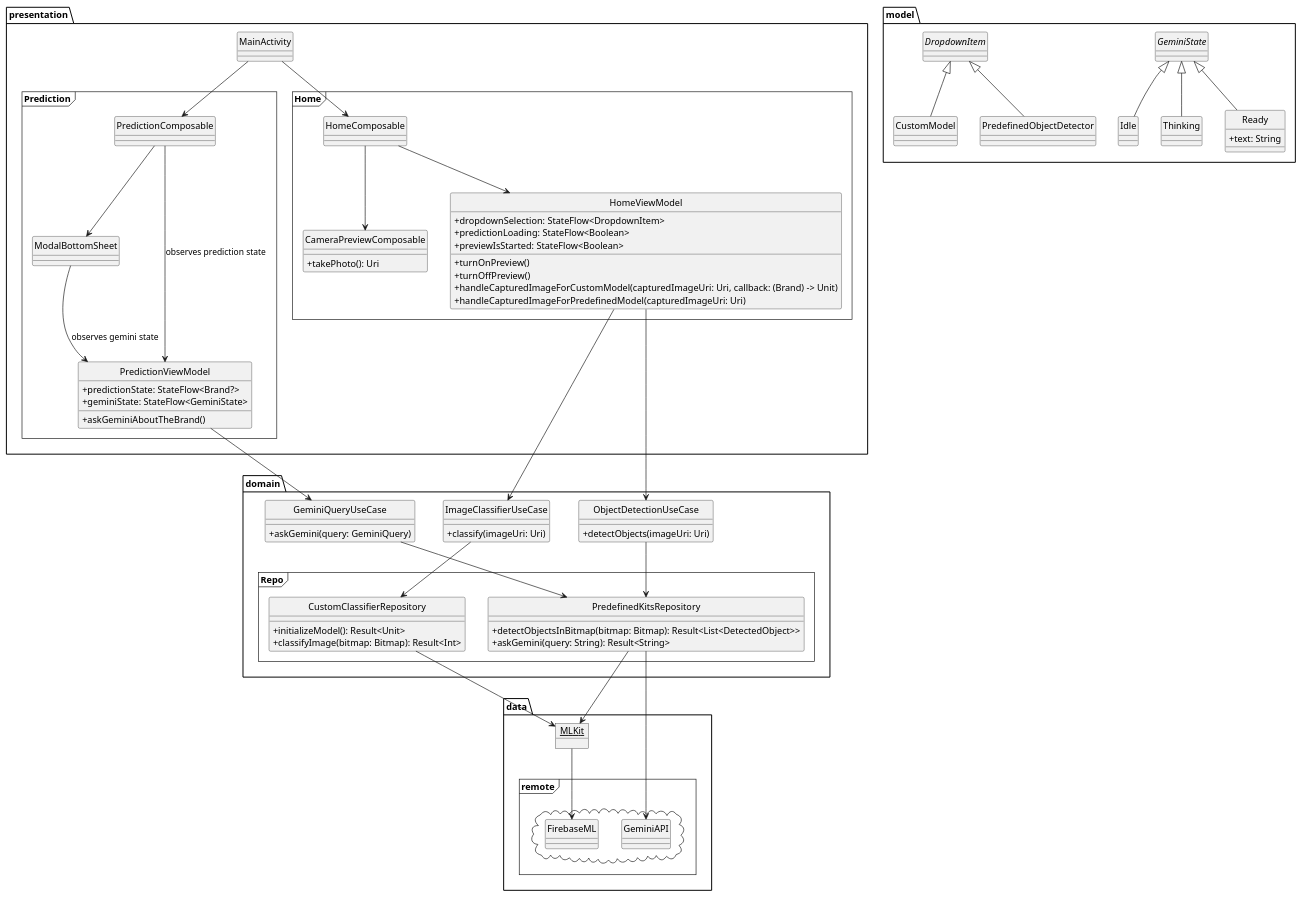
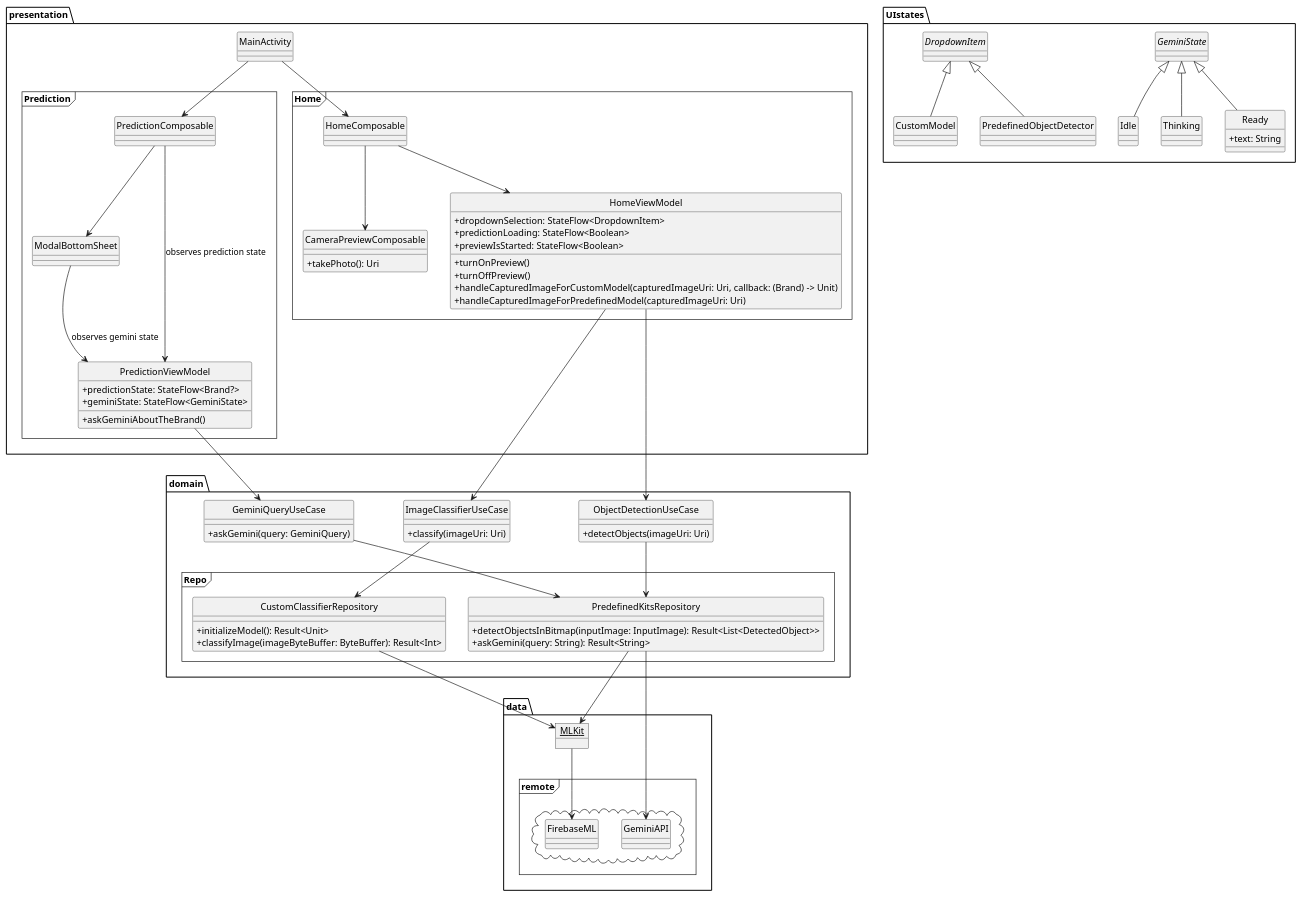
One commit to IlfyPlorious/FirebasePresentation changed the diagram in app/src/main/java/com/example/firebasedemo/AppUML.puml. Above: the diagram before and after it, drawn with PlantUML. The commit also changed 9 other files, not shown here.

Commit message:
architecture improvements. Camera improvements. App flow improvements

```diff
--- a/app/src/main/java/com/example/firebasedemo/AppUML.puml
+++ b/app/src/main/java/com/example/firebasedemo/AppUML.puml
@@ -1,117 +1,117 @@
 @startuml
 skinparam classAttributeIconSize 0
 skinparam style strictuml
 
 package presentation {
     class MainActivity
 
     frame Home {
         class HomeComposable
 
         class CameraPreviewComposable {
             + takePhoto(): Uri
         }
 
         class HomeViewModel {
             + dropdownSelection: StateFlow<DropdownItem>
             + predictionLoading: StateFlow<Boolean>
             + previewIsStarted: StateFlow<Boolean>
             + turnOnPreview()
             + turnOffPreview()
             + handleCapturedImageForCustomModel(capturedImageUri: Uri, callback: (Brand) -> Unit)
             + handleCapturedImageForPredefinedModel(capturedImageUri: Uri)
         }
     }
 
     frame Prediction {
         class PredictionComposable
         class ModalBottomSheet
         class PredictionViewModel {
             + predictionState: StateFlow<Brand?>
             + geminiState: StateFlow<GeminiState>
             + askGeminiAboutTheBrand()
         }
     }
 }
 
 package domain {
     class ImageClassifierUseCase {
         + classify(imageUri: Uri)
     }
 
     class GeminiQueryUseCase {
         + askGemini(query: GeminiQuery)
     }
 
     class ObjectDetectionUseCase {
         + detectObjects(imageUri: Uri)
     }
 
     frame Repo{
         class CustomClassifierRepository {
             + initializeModel(): Result<Unit>
-            + classifyImage(bitmap: Bitmap): Result<Int>
+            + classifyImage(imageByteBuffer: ByteBuffer): Result<Int>
         }
 
         class PredefinedKitsRepository {
-            + detectObjectsInBitmap(bitmap: Bitmap): Result<List<DetectedObject>>
+            + detectObjectsInBitmap(inputImage: InputImage): Result<List<DetectedObject>>
             + askGemini(query: String): Result<String>
         }
     }
 }
 
 package data {
     object MLKit
 
     frame remote{
         cloud {
             class FirebaseML
             class GeminiAPI
         }
     }
 }
 
-package model {
+package UIstates {
     abstract GeminiState
     class Idle
     class Thinking
     class Ready {
         + text: String
     }
 
     abstract DropdownItem
     class CustomModel
     class PredefinedObjectDetector
 }
 
 MainActivity --> HomeComposable
 MainActivity --> PredictionComposable
 
 HomeComposable --> CameraPreviewComposable
 HomeComposable --> HomeViewModel
 HomeViewModel --> ImageClassifierUseCase
 HomeViewModel --> ObjectDetectionUseCase
 
 PredictionComposable --> PredictionViewModel : observes prediction state
 PredictionComposable --> ModalBottomSheet
 ModalBottomSheet --> PredictionViewModel : observes gemini state
 PredictionViewModel --> GeminiQueryUseCase
 
 GeminiState <|-- Idle
 GeminiState <|-- Thinking
 GeminiState <|-- Ready
 
 DropdownItem <|-- CustomModel
 DropdownItem <|-- PredefinedObjectDetector
 
 ImageClassifierUseCase --> CustomClassifierRepository
 ObjectDetectionUseCase --> PredefinedKitsRepository
 GeminiQueryUseCase --> PredefinedKitsRepository
 
 CustomClassifierRepository --> MLKit
 PredefinedKitsRepository --> MLKit
 PredefinedKitsRepository --> GeminiAPI
 
 MLKit --> FirebaseML
 
 @enduml
```
